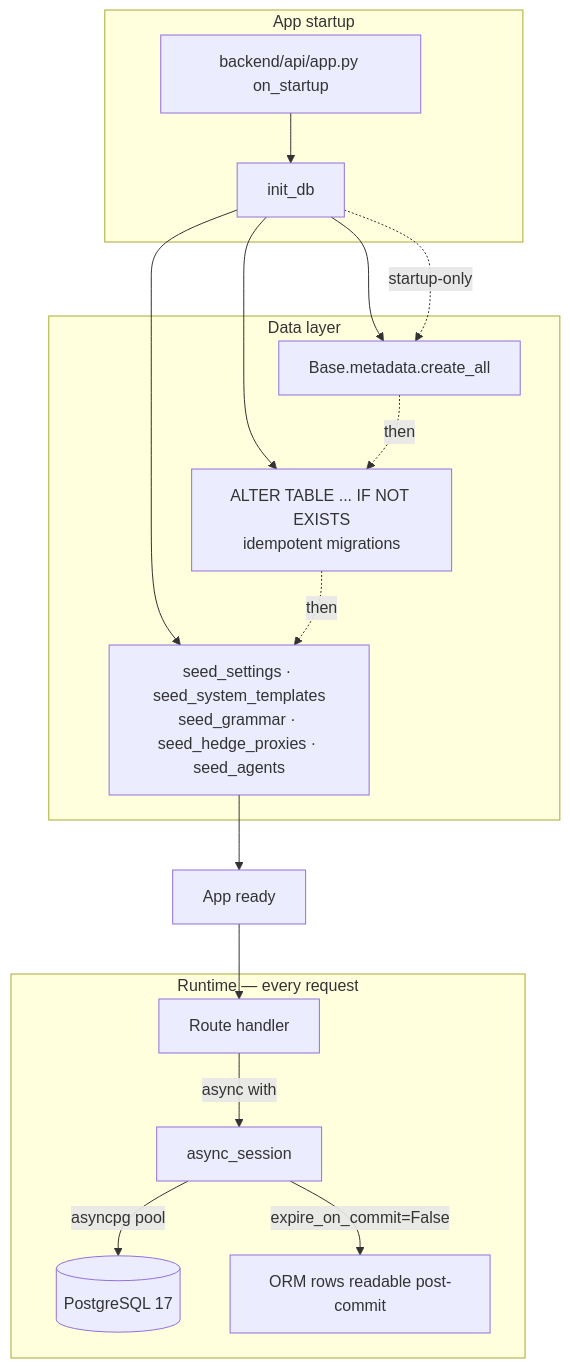
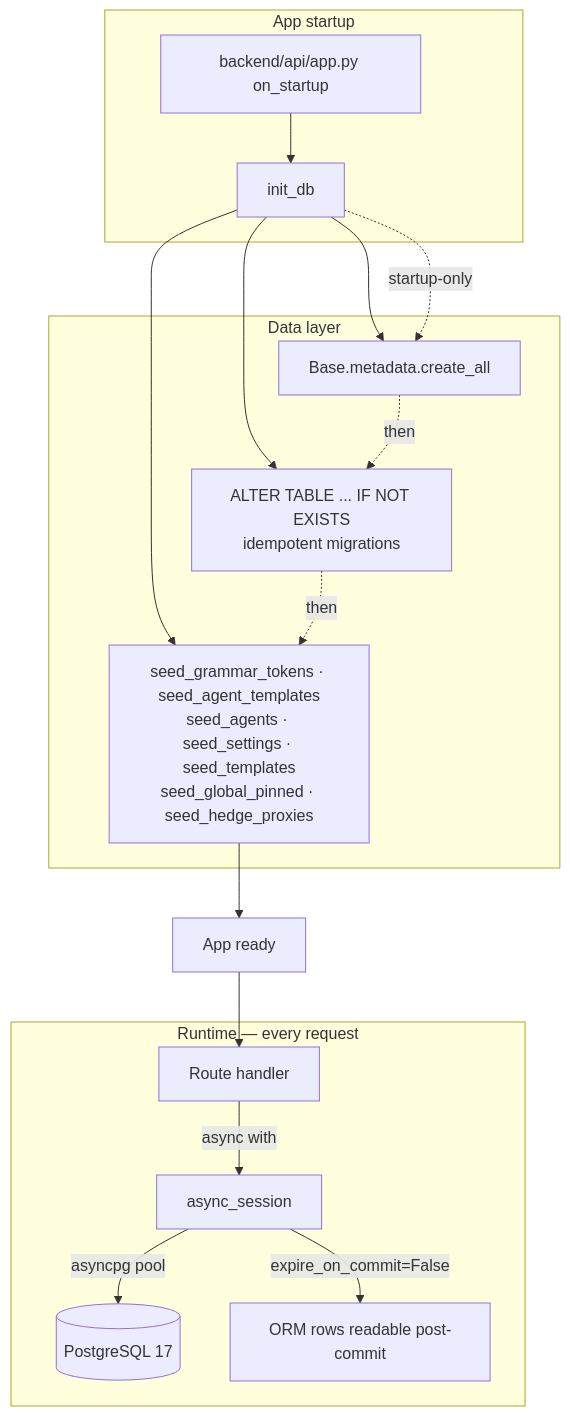
The second of 16 diagrams in DESIGN_GUIDE.md (RamanaAmbore/algo-trader), drawn with Mermaid before and after one commit. The commit also changed other lines of this file, not shown here.

````diff
--- a/DESIGN_GUIDE.md
+++ b/DESIGN_GUIDE.md
@@ -278,25 +278,25 @@
 ```mermaid
 flowchart TD
     subgraph appstart [App startup]
         START[backend/api/app.py on_startup]
         START --> INIT[init_db]
     end
 
     subgraph dblayer [Data layer]
         INIT --> META[Base.metadata.create_all]
         INIT --> ALT[ALTER TABLE ... IF NOT EXISTS<br/>idempotent migrations]
-        INIT --> SEED[seed_settings · seed_system_templates<br/>seed_grammar · seed_hedge_proxies · seed_agents]
+        INIT --> SEED[seed_grammar_tokens · seed_agent_templates<br/>seed_agents · seed_settings · seed_templates<br/>seed_global_pinned · seed_hedge_proxies]
     end
 
     subgraph runtime [Runtime — every request]
         REQ[Route handler] -->|async with| AS[async_session]
         AS -->|asyncpg pool| PG[(PostgreSQL 17)]
         AS -->|expire_on_commit=False| RD[ORM rows readable post-commit]
     end
 
     INIT -.startup-only.-> META
     META -.then.-> ALT
     ALT -.then.-> SEED
     SEED --> READY[App ready]
     READY --> REQ
 ```
````
